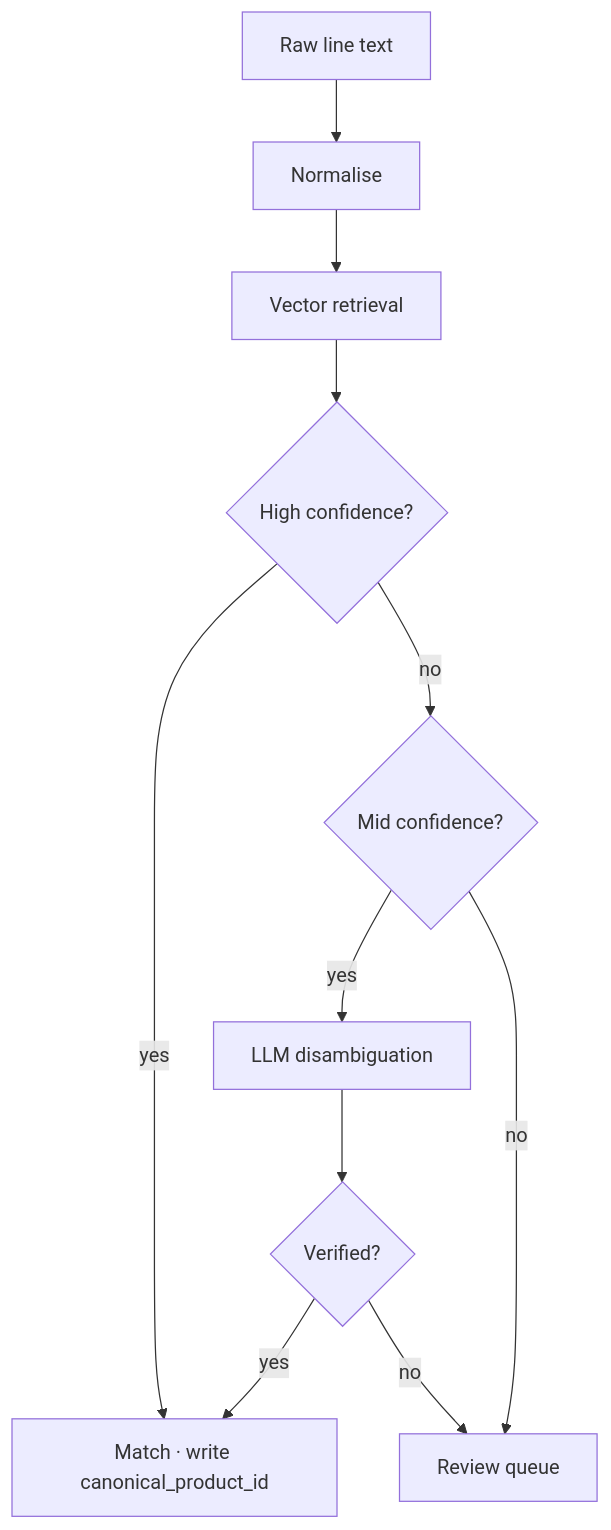
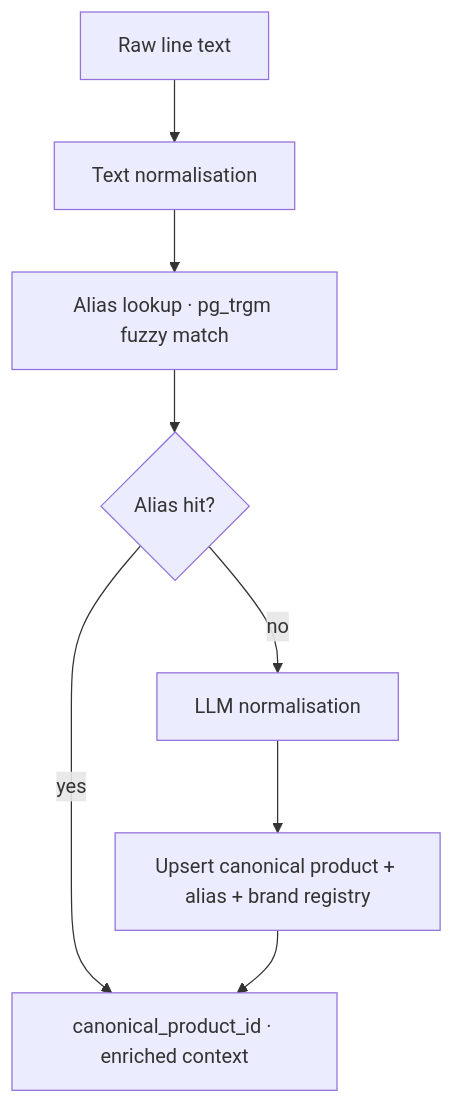
The diagram in content/technical-paper/en/02-receipt-pipeline/06-canonical.md (Yumo-Yumo-Inc/yumoyumohq), drawn with Mermaid before and after one commit. The commit also changed other lines of this file and 1048 other files, not shown here.

````diff
--- a/content/technical-paper/en/02-receipt-pipeline/06-canonical.md
+++ b/content/technical-paper/en/02-receipt-pipeline/06-canonical.md
@@ -18,13 +20,10 @@
 ```mermaid
 flowchart TD
-    A[Raw line text] --> B[Normalise]
-    B --> C[Vector retrieval]
-    C --> D{High confidence?}
-    D -- yes --> E[Match · write canonical_product_id]
-    D -- no --> F{Mid confidence?}
-    F -- yes --> G[LLM disambiguation]
-    F -- no --> H[Review queue]
-    G --> I{Verified?}
-    I -- yes --> E
-    I -- no --> H
+    A[Raw line text] --> B[Text normalisation]
+    B --> C[Alias lookup · pg_trgm fuzzy match]
+    C --> D{Alias hit?}
+    D -- yes --> E[canonical_product_id · enriched context]
+    D -- no --> F[LLM normalisation]
+    F --> G[Upsert canonical product + alias + brand registry]
+    G --> E
 ```
````
